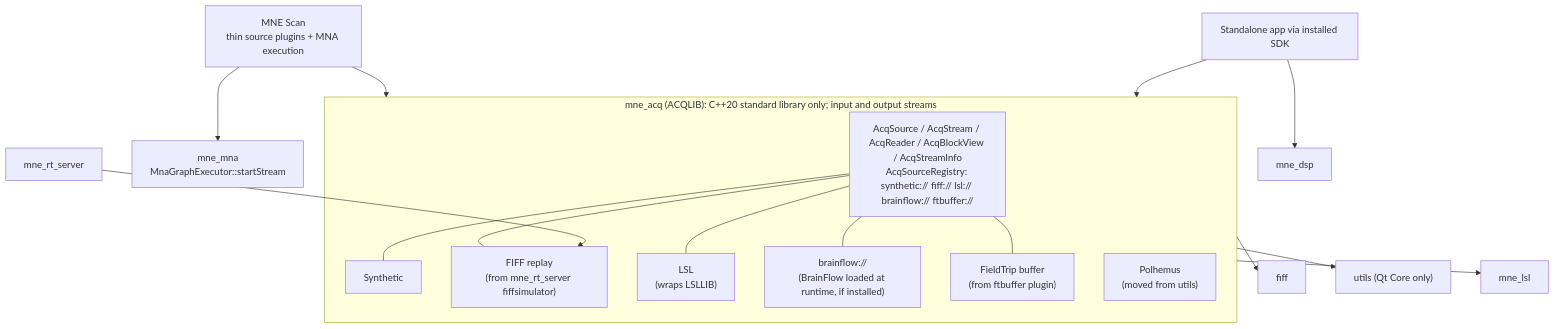
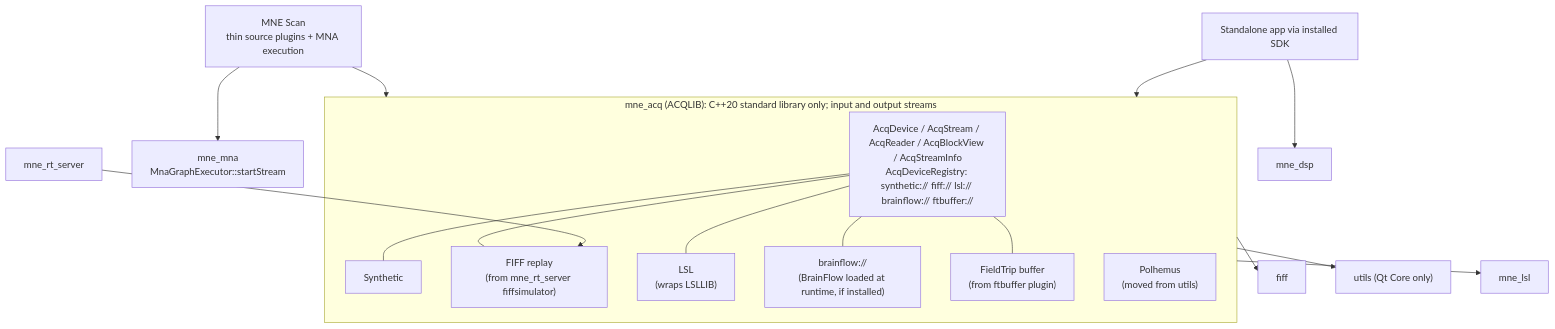
The first of 2 diagrams in doc/dev-notes/v2.5.0-requirements.md (chdinh/mne-cpp), drawn with Mermaid before and after one commit. The commit also changed other lines of this file, not shown here.

````diff
--- a/doc/dev-notes/v2.5.0-requirements.md
+++ b/doc/dev-notes/v2.5.0-requirements.md
@@ -145,18 +145,18 @@
 ```mermaid
 flowchart TB
   subgraph acq["mne_acq (ACQLIB): C++20 standard library only; input and output streams"]
-    API["AcqSource / AcqStream / AcqReader / AcqBlockView / AcqStreamInfo<br/>AcqSourceRegistry: synthetic:// fiff:// lsl:// brainflow:// ftbuffer://"]
+    API["AcqDevice / AcqStream / AcqReader / AcqBlockView / AcqStreamInfo<br/>AcqDeviceRegistry: synthetic:// fiff:// lsl:// brainflow:// ftbuffer://"]
     SYN[Synthetic]
     REP["FIFF replay<br/>(from mne_rt_server fiffsimulator)"]
     LSL["LSL<br/>(wraps LSLLIB)"]
     BF["brainflow://<br/>(BrainFlow loaded at runtime, if installed)"]
     FT["FieldTrip buffer<br/>(from ftbuffer plugin)"]
     POL["Polhemus<br/>(moved from utils)"]
   end
   API --- SYN & REP & LSL & BF & FT
   acq --> fiff & utils["utils (Qt Core only)"] & lsl[mne_lsl]
   Scan["MNE Scan<br/>thin source plugins + MNA execution"] --> acq
   Scan --> MNA["mne_mna<br/>MnaGraphExecutor::startStream"]
   RT["mne_rt_server"] --> REP
   App["Standalone app via installed SDK"] --> acq & dsp[mne_dsp]
 ```
````
